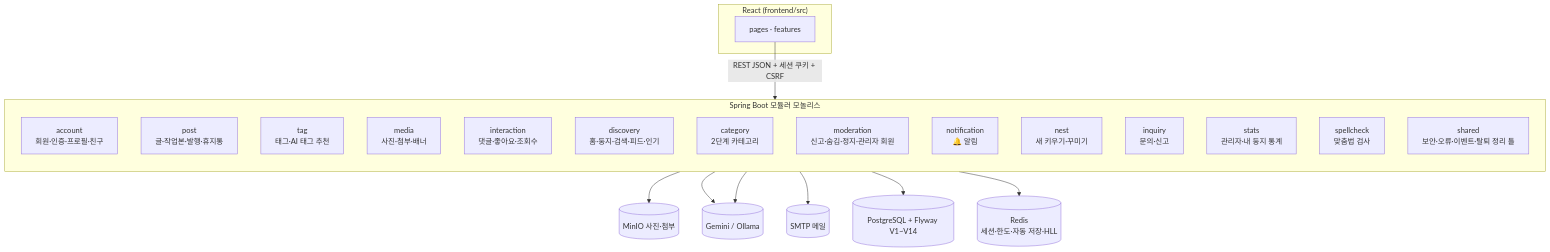
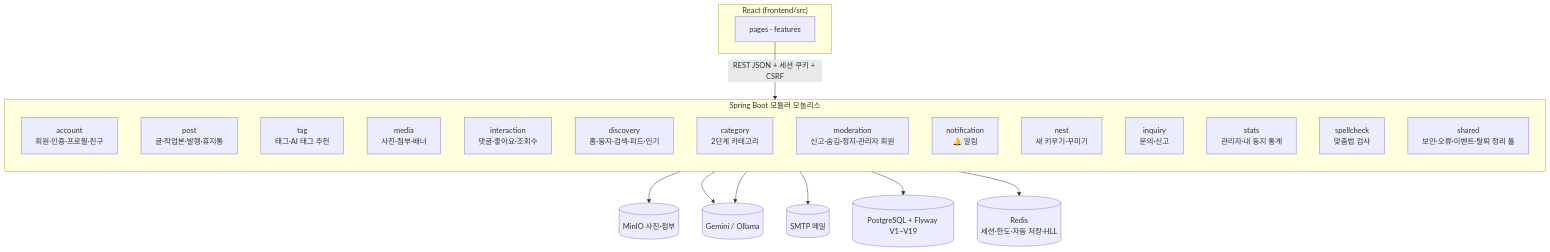
Before and after one commit to AIGJ006/BaseLOG_DOCS: the diagram in docs/52-feature-architecture.md, drawn with Mermaid. The commit also changed other lines of this file and 6 other files, not shown here.

First line of the commit message:
문서 최신화(10-16): 025 배너 색, 023 목록 돌아가기, 024 자정 넘긴 방문, 027 폰 탭, 020 친구 수 숨김, ERD V15~V19

````diff
--- a/docs/52-feature-architecture.md
+++ b/docs/52-feature-architecture.md
@@ -10,31 +10,31 @@
 ```mermaid
 flowchart TB
   subgraph WEB["React (frontend/src)"]
     PAGES["pages · features"]
   end
   PAGES -->|REST JSON + 세션 쿠키 + CSRF| API
 
   subgraph API["Spring Boot 모듈러 모놀리스"]
     direction TB
     ACC[account<br/>회원·인증·프로필·친구]
     POST[post<br/>글·작업본·발행·휴지통]
     TAG[tag<br/>태그·AI 태그 추천]
     MED[media<br/>사진·첨부·배너]
     INT[interaction<br/>댓글·좋아요·조회수]
     DIS[discovery<br/>홈·둥지·검색·피드·인기]
     CAT[category<br/>2단계 카테고리]
     MOD[moderation<br/>신고·숨김·정지·관리자 회원]
     NOTI[notification<br/>🔔 알림]
     NEST[nest<br/>새 키우기·꾸미기]
     INQ[inquiry<br/>문의·신고]
     STATS[stats<br/>관리자·내 둥지 통계]
     SPELL[spellcheck<br/>맞춤법 검사]
     SH[shared<br/>보안·오류·이벤트·탈퇴 정리 틀]
   end
 
-  API --> PG[(PostgreSQL + Flyway V1~V14)]
+  API --> PG[(PostgreSQL + Flyway V1~V19)]
   API --> RD[(Redis<br/>세션·한도·자동 저장·HLL)]
   MED --> S3[(MinIO 사진·첨부)]
   TAG & SPELL --> AI[(Gemini / Ollama)]
   ACC --> MAIL[(SMTP 메일)]
 ```
````
